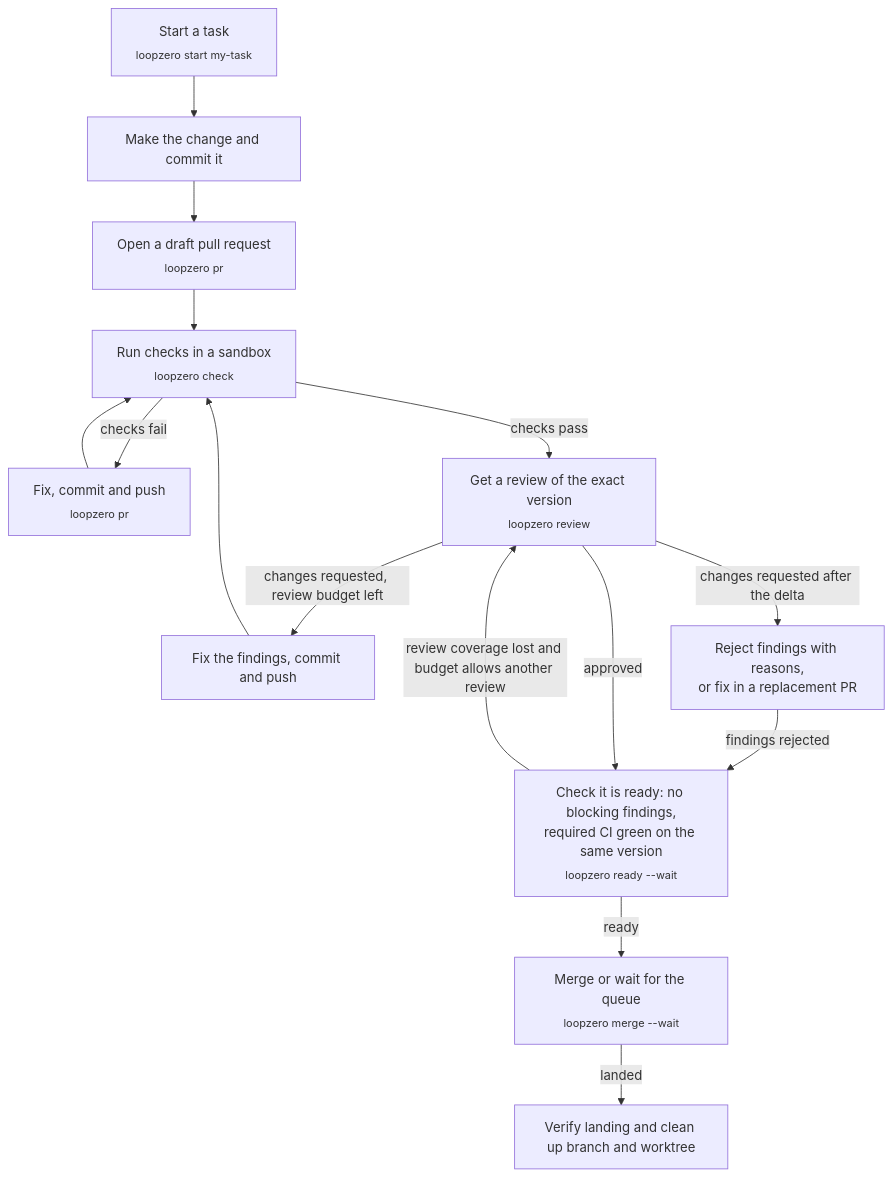
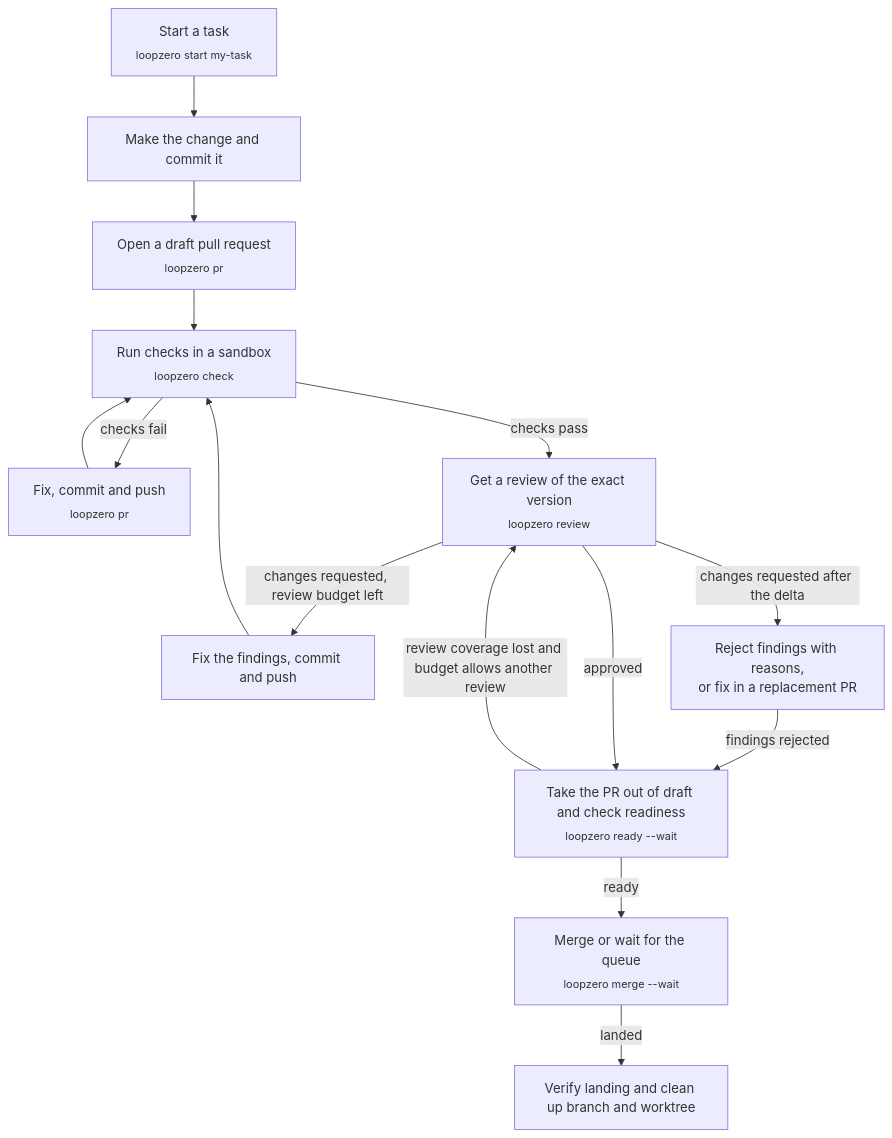
The first of 3 diagrams in docs/WORKFLOW.md (feder-positronics/loop-zero), drawn with Mermaid before and after one commit. The commit also changed other lines of this file, not shown here.

````diff
--- a/docs/WORKFLOW.md
+++ b/docs/WORKFLOW.md
@@ -9,17 +9,17 @@
 ```mermaid
 flowchart TD
     A["Start a task<br/><sub>loopzero start my-task</sub>"] --> B["Make the change and commit it"]
     B --> E["Open a draft pull request<br/><sub>loopzero pr</sub>"]
     E --> C["Run checks in a sandbox<br/><sub>loopzero check</sub>"]
     C -->|checks fail| D["Fix, commit and push<br/><sub>loopzero pr</sub>"]
     D --> C
     C -->|checks pass| F["Get a review of the exact version<br/><sub>loopzero review</sub>"]
     F -->|changes requested, review budget left| G["Fix the findings, commit and push"]
     G --> C
     F -->|changes requested after the delta| R["Reject findings with reasons,<br/>or fix in a replacement PR"]
     R -->|findings rejected| H
-    F -->|approved| H["Check it is ready: no blocking findings,<br/>required CI green on the same version<br/><sub>loopzero ready --wait</sub>"]
+    F -->|approved| H["Take the PR out of draft and check readiness<br/><sub>loopzero ready --wait</sub>"]
     H -->|review coverage lost and budget allows another review| F
     H -->|ready| I["Merge or wait for the queue<br/><sub>loopzero merge --wait</sub>"]
     I -->|landed| K["Verify landing and clean up branch and worktree"]
 ```
````
